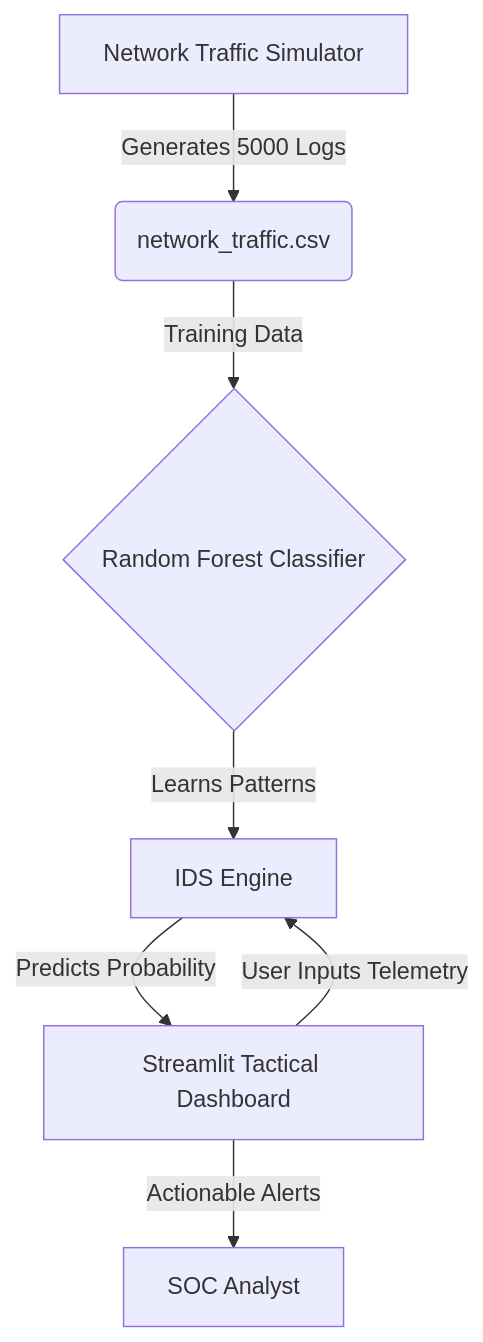
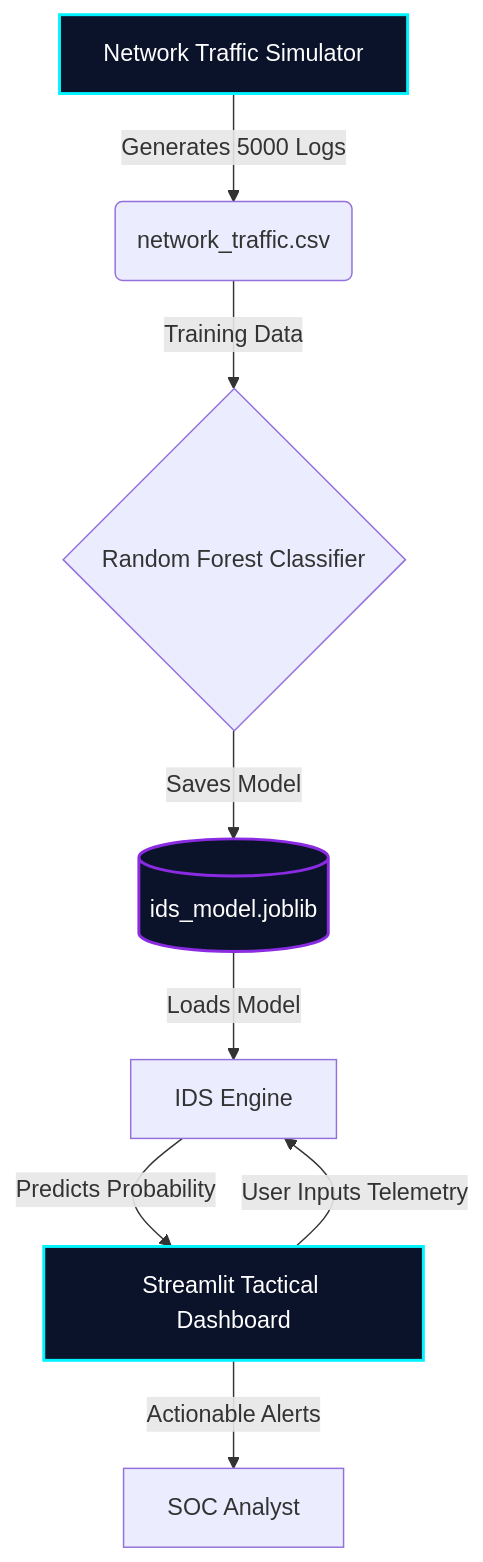
The diagram in README.md (codewarrior777/aegis-sentinel), drawn with Mermaid before and after one commit. The commit also changed other lines of this file, not shown here.

Commit message:
docs: update README with MLOps, Docker, and Testing architecture

````diff
--- a/README.md
+++ b/README.md
@@ -35,9 +37,14 @@
 ```mermaid
 graph TD
     A[Network Traffic Simulator] -->|Generates 5000 Logs| B(network_traffic.csv)
     B -->|Training Data| C{Random Forest Classifier}
-    C -->|Learns Patterns| D[IDS Engine]
+    C -->|Saves Model| H[(ids_model.joblib)]
+    H -->|Loads Model| D[IDS Engine]
     D -->|Predicts Probability| E[Streamlit Tactical Dashboard]
     E -->|User Inputs Telemetry| D
     E -->|Actionable Alerts| F[SOC Analyst]
+    
+    style A fill:#0b132b,stroke:#00f3ff,stroke-width:2px,color:#fff
+    style H fill:#0b132b,stroke:#8a2be2,stroke-width:2px,color:#fff
+    style E fill:#0b132b,stroke:#00f3ff,stroke-width:2px,color:#fff
 ```
````
